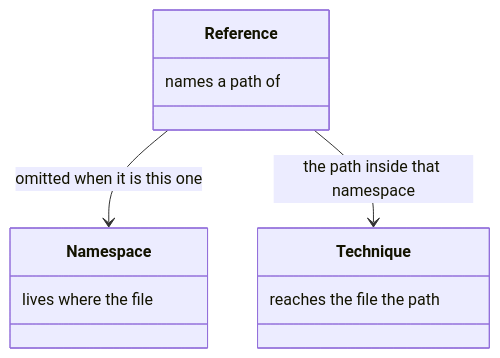
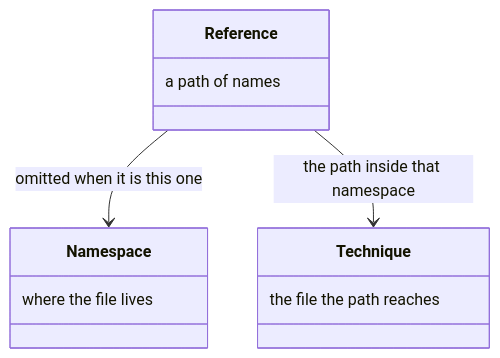
Before and after one commit to m2ux/workflow-server: the fourth of 34 diagrams in docs/resolution.md, drawn with Mermaid. The commit also changed other lines of this file and 10 other files, not shown here.

Commit message:
Write each class-box note in reading order so the diagram shows the phrase as written.

````diff
--- a/docs/resolution.md
+++ b/docs/resolution.md
@@ -60,14 +60,14 @@
 ```mermaid
 classDiagram
   class Reference {
-    names a path of
+    a path of names
   }
   class Namespace {
-    lives where the file
+    where the file lives
   }
   class Technique {
-    reaches the file the path
+    the file the path reaches
   }
   Reference --> Namespace : omitted when it is this one
   Reference --> Technique : the path inside that namespace
 ```
````
